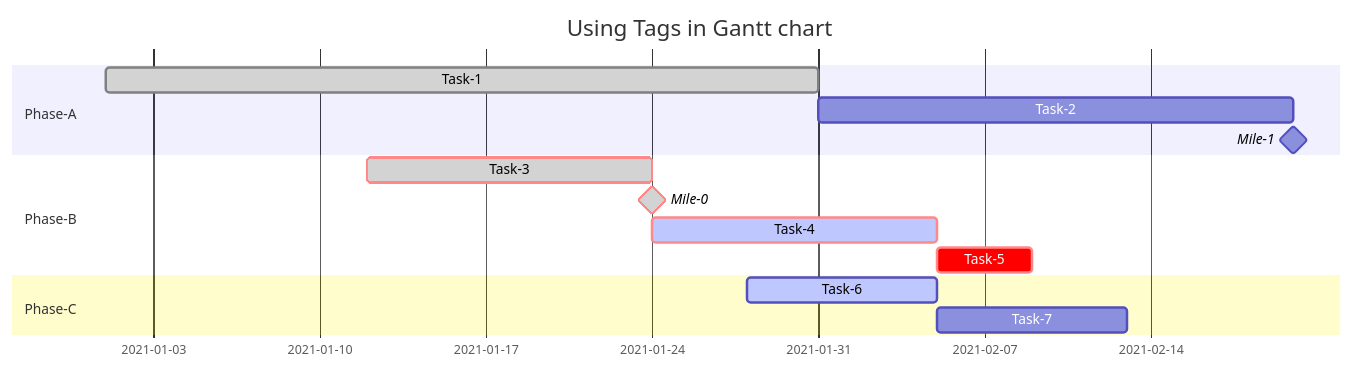
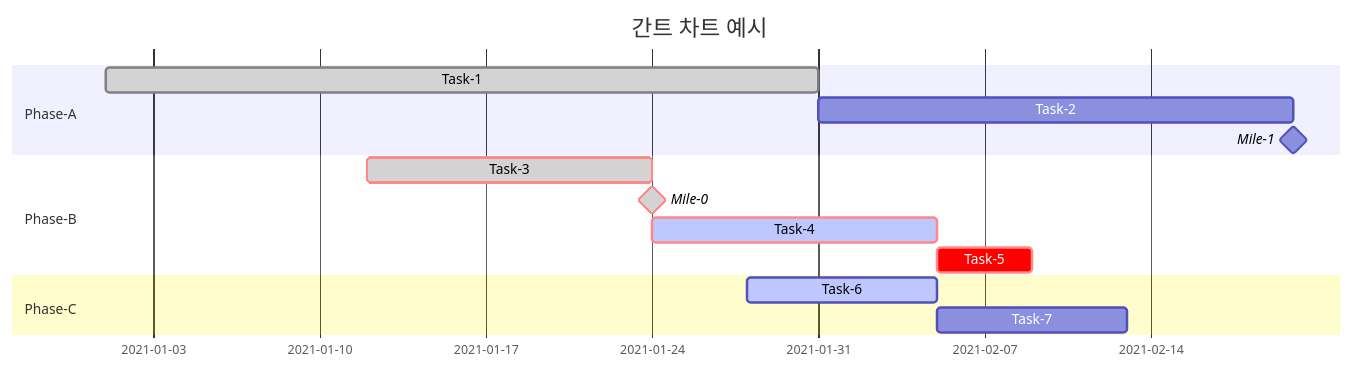
Diagram 12 of 17 in README.md (monolith-taehyun/docs-mermaid), drawn with Mermaid before and after one commit. The commit also changed other lines of this file, not shown here.

````diff
--- a/README.md
+++ b/README.md
@@ -389,16 +389,16 @@
 ```mermaid
 gantt
-	title Using Tags in Gantt chart
+	title 간트 차트 예시
 	section Phase-A
 		Task-1 : done,a1, 2021-01-01, 30d
 		Task-2 : after a1  , 20d
 		Mile-1 : milestone, 0d
 	section Phase-B
 		Task-3 : done,crit, 2021-01-12 , 12d
 		Mile-0 : done, milestone,crit,0d
 		Task-4 : active,crit,12d
 		Task-5 : crit, 4d
 	section Phase-C
 		Task-6 : active, 2021-01-28,8d
 		Task-7 : 8d
 ```
````
